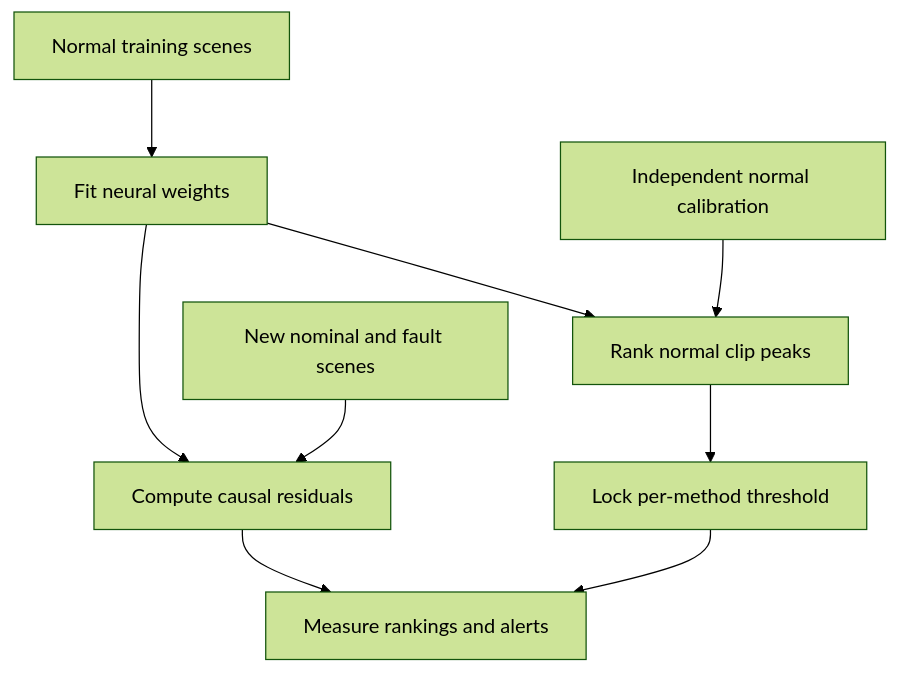
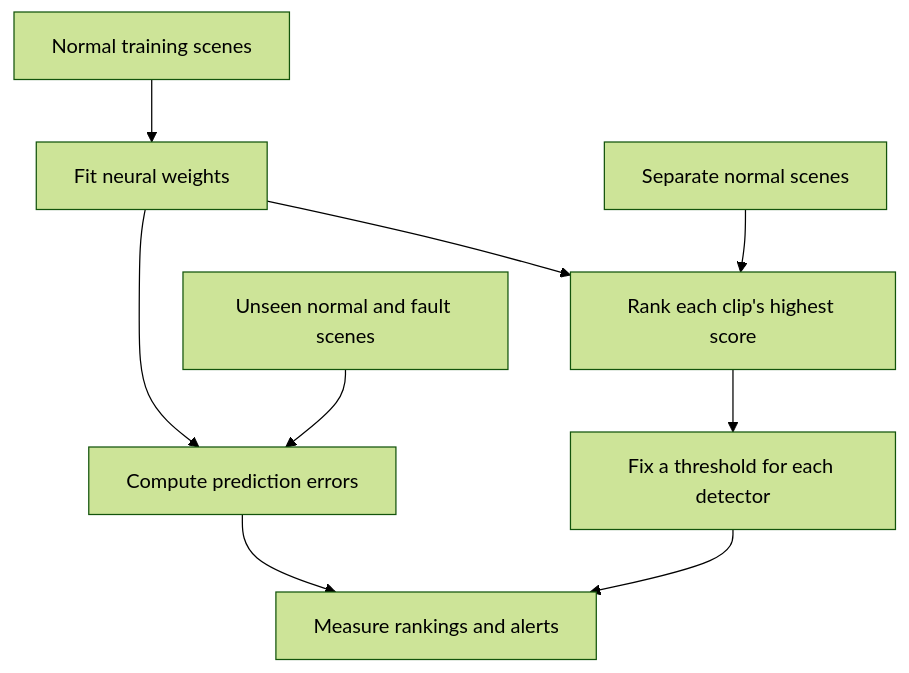
The diagram in docs/EVALUATION.md (sandeshbagmare/beltwatch-lab), drawn with Mermaid (forest theme) before and after one commit. The commit also changed other lines of this file and 23 other files, not shown here.

````diff
--- a/docs/EVALUATION.md
+++ b/docs/EVALUATION.md
@@ -26,11 +13,11 @@
 ```mermaid
 flowchart TD
     Train[Normal training scenes] --> Fit[Fit neural weights]
-    Calibration[Independent normal calibration] --> Peak[Rank normal clip peaks]
+    Calibration[Separate normal scenes] --> Peak[Rank each clip's highest score]
     Fit --> Peak
-    Peak --> Threshold[Lock per-method threshold]
-    Holdout[New nominal and fault scenes] --> Score[Compute causal residuals]
+    Peak --> Threshold[Fix a threshold for each detector]
+    Test[Unseen normal and fault scenes] --> Score[Compute prediction errors]
     Fit --> Score
     Score --> Metrics[Measure rankings and alerts]
     Threshold --> Metrics
 ```
````
